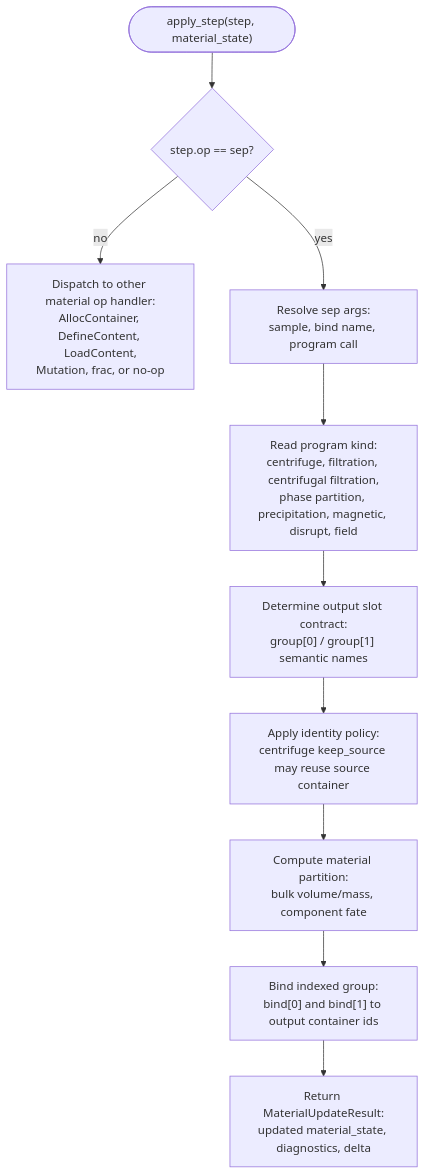
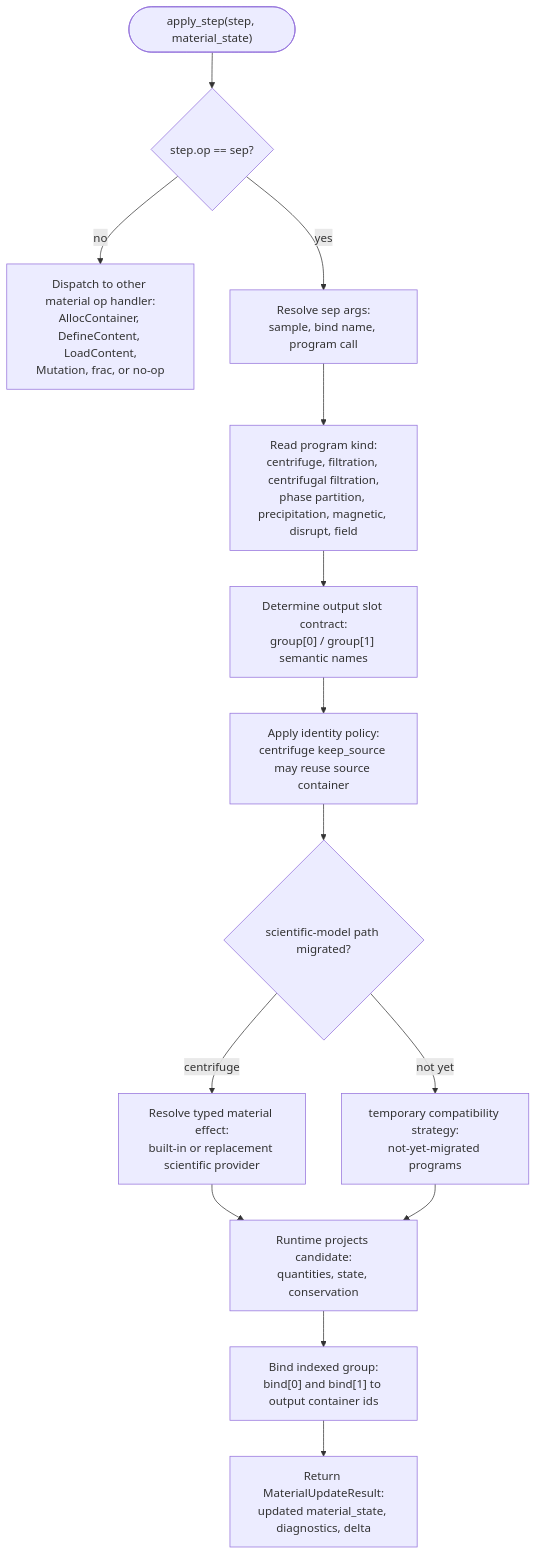
One commit to culsma/culsma changed the seventh of 13 diagrams in docs/architecture/runtime_module_diagrams.md. Above: the diagram before and after it, drawn with Mermaid. The commit also changed other lines of this file and 26 other files, not shown here.

Commit message:
feat(material): unify scientific model partition handoff

````diff
--- a/docs/architecture/runtime_module_diagrams.md
+++ b/docs/architecture/runtime_module_diagrams.md
@@ -513,23 +513,30 @@
 ```mermaid
 flowchart TB
     Start(["apply_step(step, material_state)"])
     Op{"step.op == sep?"}
     Other["Dispatch to other material op handler:<br/>AllocContainer, DefineContent, LoadContent,<br/>Mutation, frac, or no-op"]
     Resolve["Resolve sep args:<br/>sample, bind name, program call"]
     Program["Read program kind:<br/>centrifuge, filtration, centrifugal filtration,<br/>phase partition, precipitation, magnetic, disrupt, field"]
     Slots["Determine output slot contract:<br/>group[0] / group[1] semantic names"]
     Identity["Apply identity policy:<br/>centrifuge keep_source may reuse source container"]
-    Partition["Compute material partition:<br/>bulk volume/mass, component fate"]
+    Gate{"scientific-model path migrated?"}
+    ResolveEffect["Resolve typed material effect:<br/>built-in or replacement scientific provider"]
+    Legacy["temporary compatibility strategy:<br/>not-yet-migrated programs"]
+    Partition["Runtime projects candidate:<br/>quantities, state, conservation"]
     Bind["Bind indexed group:<br/>bind[0] and bind[1] to output container ids"]
     Delta["Return MaterialUpdateResult:<br/>updated material_state, diagnostics, delta"]
 
     Start --> Op
     Op -->|no| Other
     Op -->|yes| Resolve
     Resolve --> Program
     Program --> Slots
     Slots --> Identity
-    Identity --> Partition
+    Identity --> Gate
+    Gate -->|centrifuge| ResolveEffect
+    Gate -->|not yet| Legacy
+    ResolveEffect --> Partition
+    Legacy --> Partition
     Partition --> Bind
     Bind --> Delta
 ```
````
